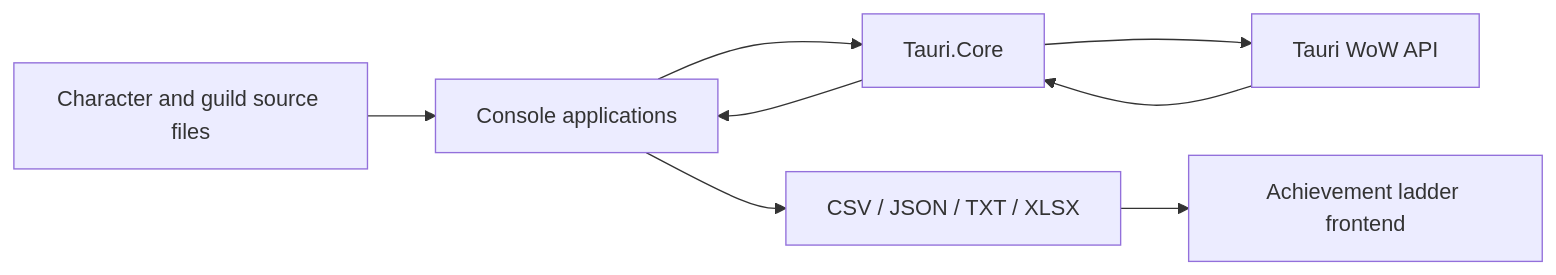
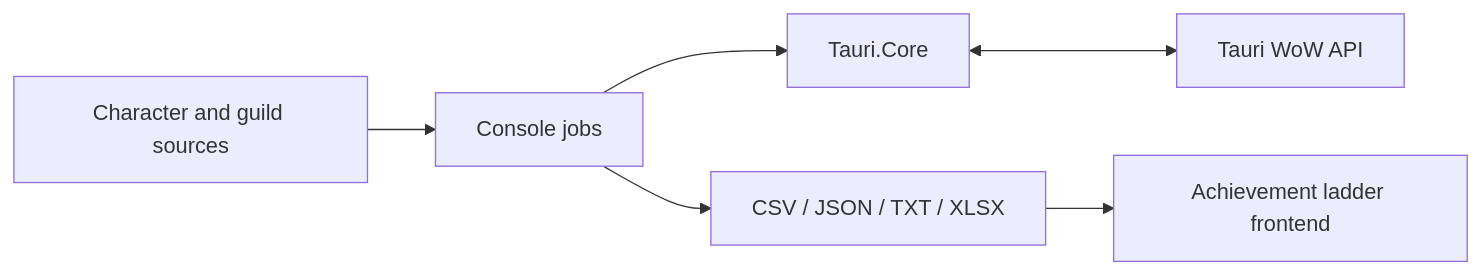
One commit to HunorTotBagi/tauri-achievement-ladder-backend changed the diagram in README.md. Above: the diagram before and after it, drawn with Mermaid. The commit also changed other lines of this file, not shown here.

````diff
--- a/README.md
+++ b/README.md
@@ -30,17 +29,8 @@
 ```mermaid
 flowchart LR
-    Sources[Character and guild source files]
-    Commands[Console applications]
-    Core[Tauri.Core]
-    Api[Tauri WoW API]
-    Output[CSV / JSON / TXT / XLSX]
-    Frontend[Achievement ladder frontend]
-
-    Sources --> Commands
-    Commands --> Core
-    Core --> Api
-    Api --> Core
-    Core --> Commands
-    Commands --> Output
-    Output --> Frontend
+    Input[Character and guild sources] --> Jobs[Console jobs]
+    Jobs --> Core[Tauri.Core]
+    Core <--> API[Tauri WoW API]
+    Jobs --> Output[CSV / JSON / TXT / XLSX]
+    Output --> Frontend[Achievement ladder frontend]
 ```
````
